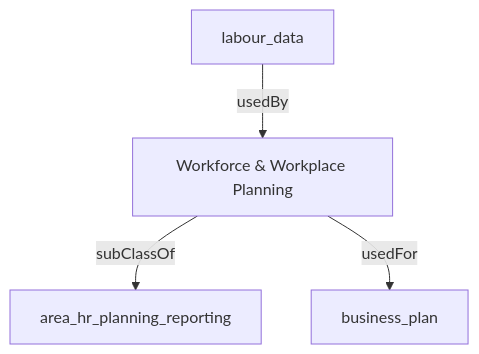
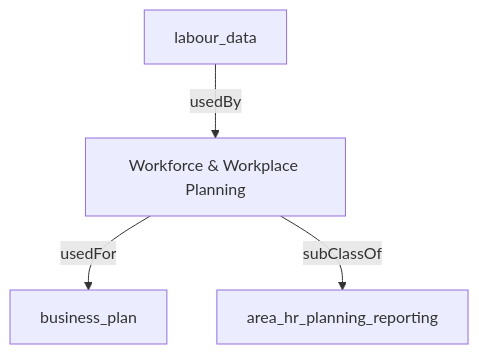
One commit to heidingaway/heidi2 changed the diagram in content/hr_data_model/workforce_workplace_planning.md. Above: the diagram before and after it, drawn with Mermaid. The commit also changed other lines of this file and 350 other files, not shown here.

````diff
--- a/content/hr_data_model/workforce_workplace_planning.md
+++ b/content/hr_data_model/workforce_workplace_planning.md
@@ -21,10 +22,10 @@
 ```mermaid
 graph TD
   Workforce__Workplace_Planning["Workforce & Workplace Planning"]:::current-page-node
   area_hr_planning_reporting["area_hr_planning_reporting"]
   business_plan["business_plan"]
   labour_data["labour_data"]
-  Workforce__Workplace_Planning-->|" subClassOf "|area_hr_planning_reporting
   labour_data-->|" usedBy "|Workforce__Workplace_Planning
   Workforce__Workplace_Planning-->|" usedFor "|business_plan
+  Workforce__Workplace_Planning-->|" subClassOf "|area_hr_planning_reporting
 ```
````
